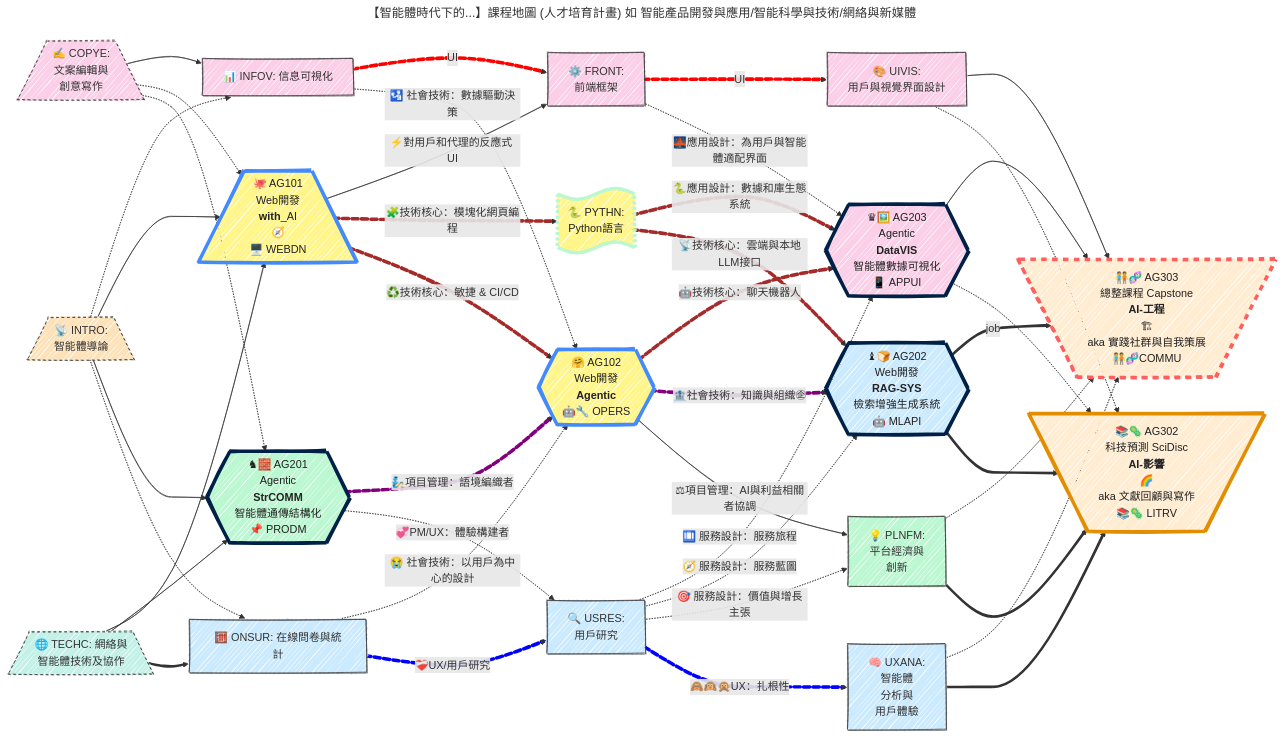
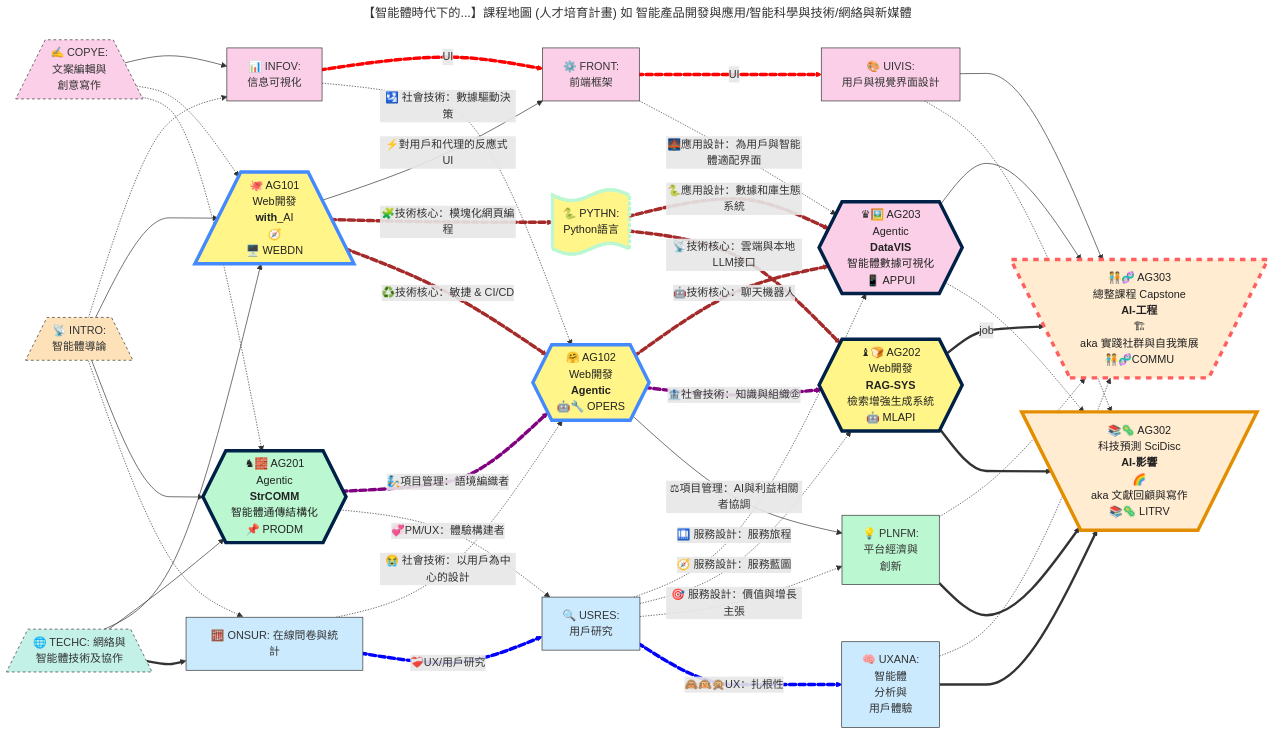
The diagram in content/_snippet_/curriculum_full.zh-hant.md (oxfordroadmap/vis), drawn with Mermaid before and after one commit. The commit also changed 310 other files, not shown here.

```diff
--- a/content/_snippet_/curriculum_full.zh-hant.md
+++ b/content/_snippet_/curriculum_full.zh-hant.md
@@ -4,11 +4,12 @@
 subtitle: 
 config:
   layout: dagre
-  look: handDrawn
 ---
 flowchart LR
 %%{ init: { 'flowchart': { 'curve': 'monotoneX' } } }%%
 %% Agentic New Media & Internet/智能體時代下的網路與新媒體／智能體時代下的網路與新媒體
+%% config:
+%%   look: handDrawn
 %% params:
 %%  emoji: 🎄
 %%  id: Full (16+2)
@@ -19,8 +20,8 @@
     INFOV eUI1@==UI==> FRONT["⚙️ FRONT: <br/>前端框架"]
     FRONT eUI2@==UI==> UIVIS["🎨 UIVIS: <br/>用戶與視覺界面設計"]
 
-    COPYE["✍️ COPYE: <br/>文案編輯與<br/>創意寫作"] --> INFOV["📊 INFOV: 信息可視化"]
-    INTRO -.-> INFOV
+    COPYE["✍️ COPYE: <br/>文案編輯與<br/>創意寫作"] --> INFOV
+    INTRO -.-> INFOV["📊 INFOV:<br/> 信息可視化"]
     COPYE -.-> WEBDN
     INTRO --> WEBDN
     TECHC["🌐 TECHC: 網絡與<br/>智能體技術及協作"] --> WEBDN
@@ -119,27 +120,22 @@
 COPYE@{ shape: trap-b}
 
 %% Node Styles
-
+%% Shape declarations
 %% Styling 🪾 Bare Minimum (Core) Agentic learning 
-%% Shape declarations
-%% AG101@{ shape: hex }
-%% AG102@{ shape: hex }
-%% style AG101 fill:#fff589,stroke:#448aff,stroke-width:2px,color:#222
-%% style AG102 fill:#fff589,stroke:#448aff,stroke-width:2px,color:#222
 WEBDN@{ shape: trap-b}
-OPERS@{ shape: hex }
+OPERS@{ shape: hex}
+APPUI@{ shape: hex}
+MLAPI@{ shape: hex}  
+PRODM@{ shape: hex} 
+%% MLAPI cbeafe (blue) or fff589 (yellow)
+%% style AG101 ... WEBDN
+%% style AG102 ... OPERS
+%% style AG201 ... PRODM
+style MLAPI fill:#fff589,stroke:#002147,stroke-width:5px,color:#222
 style WEBDN fill:#fff589,stroke:#448aff,stroke-width:5px,color:#222
 style OPERS fill:#fff589,stroke:#448aff,stroke-width:5px,color:#222
-%% AG203 ... OPERS
-APPUI@{ shape: hex}
-%% AG202 ... MLAPI
-MLAPI@{ shape: hex}  
 style APPUI fill:#fbcfe8,stroke:#002147,stroke-width:5px,color:#222
-style MLAPI fill:#cbeafe,stroke:#002147,stroke-width:5px,color:#222
-%% AG201 ... PRODM
-PRODM@{ shape: hex} 
 style PRODM fill:#bbf7d0,stroke:#002147,stroke-width:5px,color:#222
-
 
 %% Foundational Nodes
 style TECHC fill:#C3F1E7,stroke:#333,stroke-width:1px,stroke-dasharray:4
```
